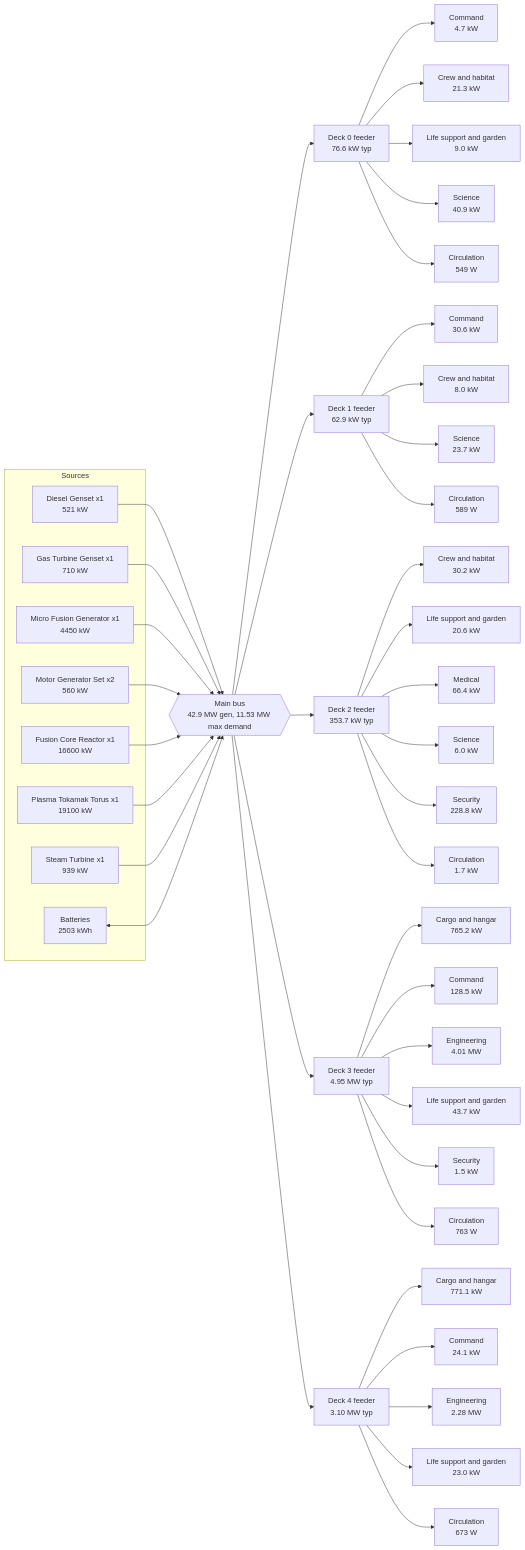
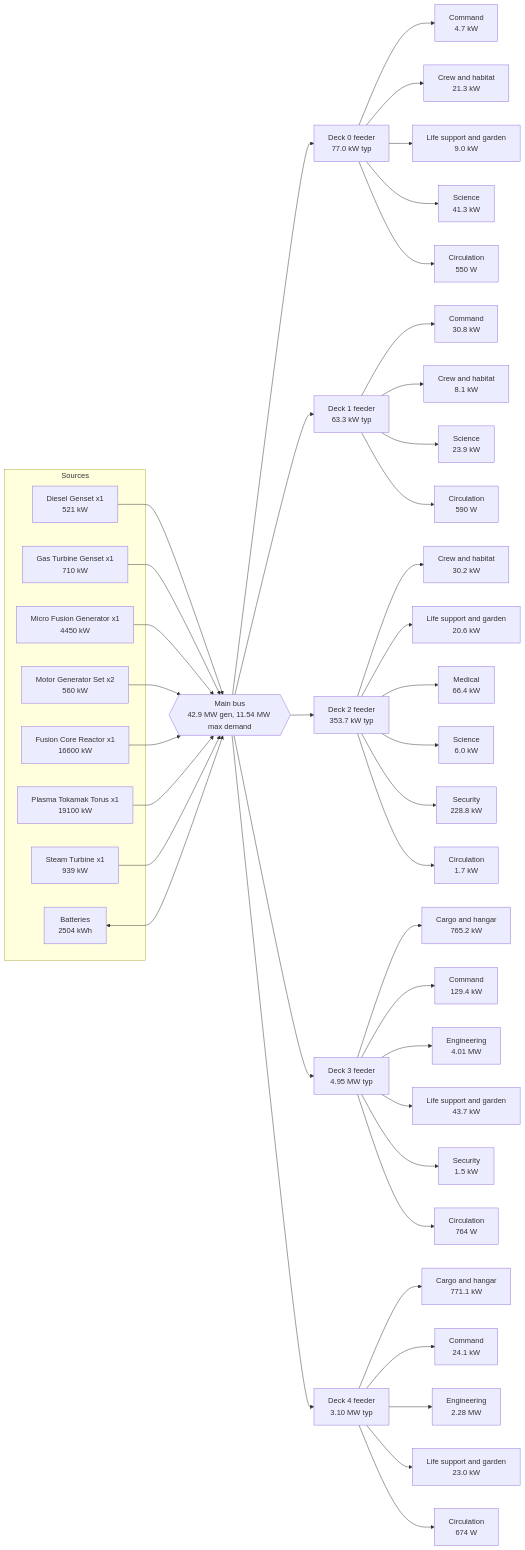
One commit to jgyy/starshipgo changed the diagram in docs/SHIP_SPEC.md. Above: the diagram before and after it, drawn with Mermaid. The commit also changed other lines of this file and 243 other files, not shown here.

````diff
--- a/docs/SHIP_SPEC.md
+++ b/docs/SHIP_SPEC.md
@@ -229,53 +229,53 @@
 ```mermaid
 flowchart LR
     subgraph SRC[Sources]
         G0["Diesel Genset x1<br/>521 kW"]
         G1["Gas Turbine Genset x1<br/>710 kW"]
         G2["Micro Fusion Generator x1<br/>4450 kW"]
         G3["Motor Generator Set x2<br/>560 kW"]
         G4["Fusion Core Reactor x1<br/>16600 kW"]
         G5["Plasma Tokamak Torus x1<br/>19100 kW"]
         G6["Steam Turbine x1<br/>939 kW"]
-        B0["Batteries<br/>2503 kWh"]
+        B0["Batteries<br/>2504 kWh"]
     end
-    BUS{{"Main bus<br/>42.9 MW gen, 11.53 MW max demand"}}
+    BUS{{"Main bus<br/>42.9 MW gen, 11.54 MW max demand"}}
     G0 --> BUS
     G1 --> BUS
     G2 --> BUS
     G3 --> BUS
     G4 --> BUS
     G5 --> BUS
     G6 --> BUS
     B0 <--> BUS
-    BUS --> D0["Deck 0 feeder<br/>76.6 kW typ"]
+    BUS --> D0["Deck 0 feeder<br/>77.0 kW typ"]
     D0 --> D0_command["Command<br/>4.7 kW"]
     D0 --> D0_crew["Crew and habitat<br/>21.3 kW"]
     D0 --> D0_life["Life support and garden<br/>9.0 kW"]
-    D0 --> D0_science["Science<br/>40.9 kW"]
-    D0 --> D0_transit["Circulation<br/>549 W"]
-    BUS --> D1["Deck 1 feeder<br/>62.9 kW typ"]
-    D1 --> D1_command["Command<br/>30.6 kW"]
-    D1 --> D1_crew["Crew and habitat<br/>8.0 kW"]
-    D1 --> D1_science["Science<br/>23.7 kW"]
-    D1 --> D1_transit["Circulation<br/>589 W"]
+    D0 --> D0_science["Science<br/>41.3 kW"]
+    D0 --> D0_transit["Circulation<br/>550 W"]
+    BUS --> D1["Deck 1 feeder<br/>63.3 kW typ"]
+    D1 --> D1_command["Command<br/>30.8 kW"]
+    D1 --> D1_crew["Crew and habitat<br/>8.1 kW"]
+    D1 --> D1_science["Science<br/>23.9 kW"]
+    D1 --> D1_transit["Circulation<br/>590 W"]
     BUS --> D2["Deck 2 feeder<br/>353.7 kW typ"]
     D2 --> D2_crew["Crew and habitat<br/>30.2 kW"]
     D2 --> D2_life["Life support and garden<br/>20.6 kW"]
     D2 --> D2_medical["Medical<br/>66.4 kW"]
     D2 --> D2_science["Science<br/>6.0 kW"]
     D2 --> D2_security["Security<br/>228.8 kW"]
     D2 --> D2_transit["Circulation<br/>1.7 kW"]
     BUS --> D3["Deck 3 feeder<br/>4.95 MW typ"]
     D3 --> D3_cargo["Cargo and hangar<br/>765.2 kW"]
-    D3 --> D3_command["Command<br/>128.5 kW"]
+    D3 --> D3_command["Command<br/>129.4 kW"]
     D3 --> D3_engineering["Engineering<br/>4.01 MW"]
     D3 --> D3_life["Life support and garden<br/>43.7 kW"]
     D3 --> D3_security["Security<br/>1.5 kW"]
-    D3 --> D3_transit["Circulation<br/>763 W"]
+    D3 --> D3_transit["Circulation<br/>764 W"]
     BUS --> D4["Deck 4 feeder<br/>3.10 MW typ"]
     D4 --> D4_cargo["Cargo and hangar<br/>771.1 kW"]
     D4 --> D4_command["Command<br/>24.1 kW"]
     D4 --> D4_engineering["Engineering<br/>2.28 MW"]
     D4 --> D4_life["Life support and garden<br/>23.0 kW"]
-    D4 --> D4_transit["Circulation<br/>673 W"]
+    D4 --> D4_transit["Circulation<br/>674 W"]
 ```
````
